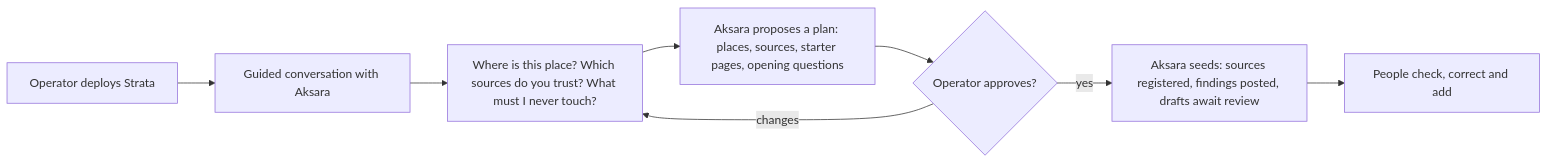
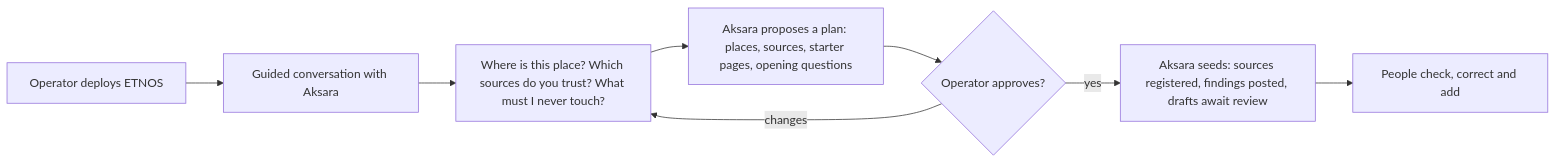
One commit to yohn-maistre/ETNOS changed the second of 3 diagrams in docs/history/vision-and-roadmap-2026-11-14.md. Above: the diagram before and after it, drawn with Mermaid. The commit also changed other lines of this file and 132 other files, not shown here.

````diff
--- a/docs/history/vision-and-roadmap-2026-11-14.md
+++ b/docs/history/vision-and-roadmap-2026-11-14.md
@@ -43,10 +43,10 @@
 ```mermaid
 flowchart LR
-  A["Operator deploys Strata"] --> B["Guided conversation with Aksara"]
+  A["Operator deploys ETNOS"] --> B["Guided conversation with Aksara"]
   B --> C["Where is this place? Which sources do you trust? What must I never touch?"]
   C --> D["Aksara proposes a plan: places, sources, starter pages, opening questions"]
   D --> E{"Operator approves?"}
   E -- "changes" --> C
   E -- "yes" --> F["Aksara seeds: sources registered, findings posted, drafts await review"]
   F --> G["People check, correct and add"]
 ```
````
